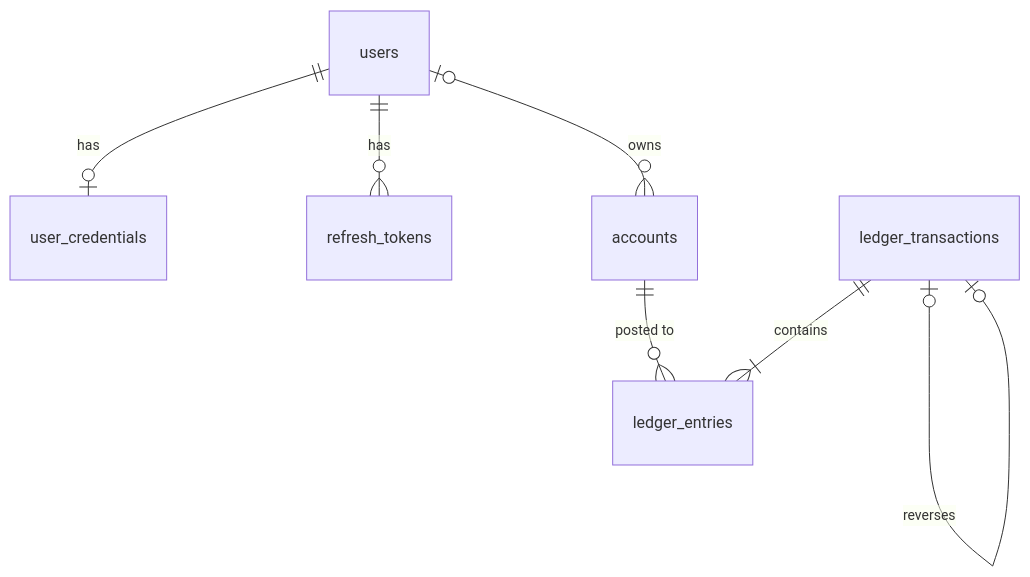
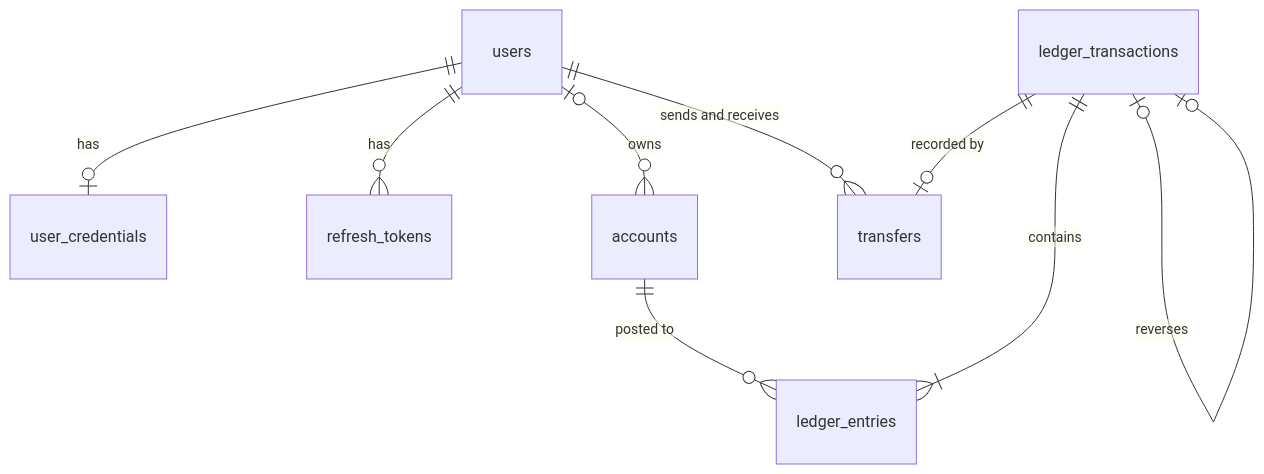
Before and after one commit to MrBlu1204/QuantumLedger: the diagram in docs/03-ledger-design.md, drawn with Mermaid. The commit also changed 3 other files, not shown here.

````diff
--- a/docs/03-ledger-design.md
+++ b/docs/03-ledger-design.md
@@ -52,9 +52,11 @@
 ```mermaid
 erDiagram
-  users ||--o| user_credentials : has
-  users ||--o{ refresh_tokens : has
-  users |o--o{ accounts : owns
-  accounts ||--o{ ledger_entries : "posted to"
-  ledger_transactions ||--|{ ledger_entries : contains
-  ledger_transactions |o--o| ledger_transactions : reverses
+    users ||--o| user_credentials : has
+    users ||--o{ refresh_tokens : has
+    users |o--o{ accounts : owns
+    accounts ||--o{ ledger_entries : "posted to"
+    ledger_transactions ||--|{ ledger_entries : contains
+    ledger_transactions |o--o| ledger_transactions : reverses
+    users ||--o{ transfers : "sends and receives"
+    ledger_transactions ||--o| transfers : "recorded by"
 ```
````
